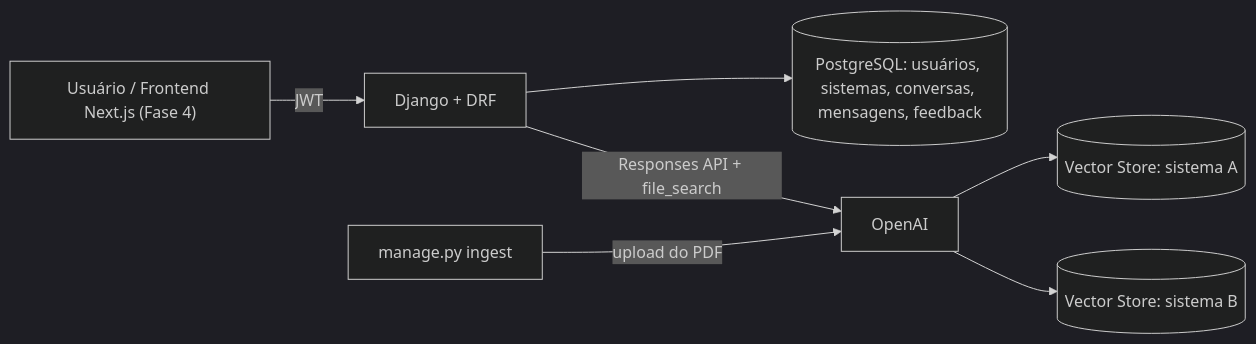
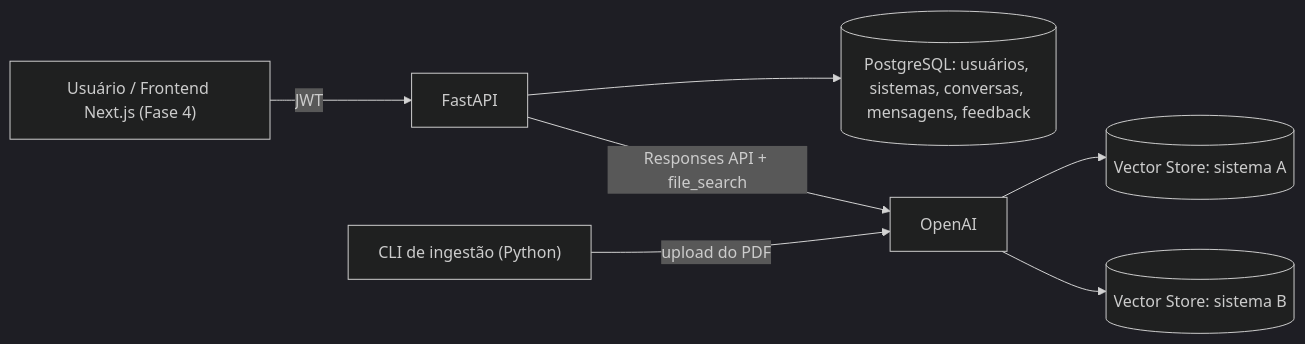
One commit to pedroirineu5/research-rag-api changed the diagram in docs/README.md. Above: the diagram before and after it, drawn with Mermaid (dark theme). The commit also changed other lines of this file and 2 other files, not shown here.

Commit message:
docs: update backend plan to FastAPI

````diff
--- a/docs/README.md
+++ b/docs/README.md
@@ -16,9 +16,9 @@
 ```mermaid
 flowchart LR
-    U["Usuário / Frontend Next.js (Fase 4)"] -->|JWT| API["Django + DRF"]
+    U["Usuário / Frontend Next.js (Fase 4)"] -->|JWT| API["FastAPI"]
     API --> DB[("PostgreSQL: usuários, sistemas, conversas, mensagens, feedback")]
     API -->|"Responses API + file_search"| OAI["OpenAI"]
     OAI --> VS1[("Vector Store: sistema A")]
     OAI --> VS2[("Vector Store: sistema B")]
-    CMD["manage.py ingest"] -->|"upload do PDF"| OAI
+    CMD["CLI de ingestão (Python)"] -->|"upload do PDF"| OAI
 ```
````
